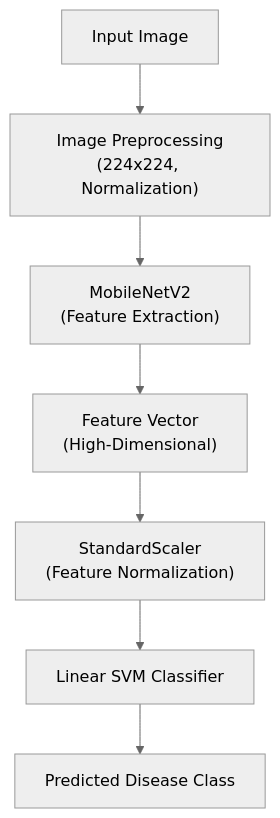
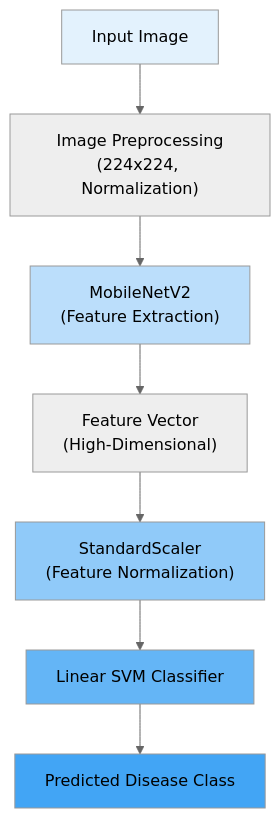
The second of 3 diagrams in README.md (Sobhagyaverma/Smart-Plant-Care-System), drawn with Mermaid (neutral theme) before and after one commit. The commit also changed other lines of this file and 15 other files, not shown here.

Commit message:
Major README overhaul: Add professional styling, badges, diagrams, and comprehensive documentation

````diff
--- a/README.md
+++ b/README.md
@@ -10,9 +135,15 @@
 ```mermaid
 graph TD
     A["Input Image"] --> B["Image Preprocessing<br/>(224x224, Normalization)"]
     B --> C["MobileNetV2<br/>(Feature Extraction)"]
     C --> D["Feature Vector<br/>(High-Dimensional)"]
     D --> E["StandardScaler<br/>(Feature Normalization)"]
     E --> F["Linear SVM Classifier"]
     F --> G["Predicted Disease Class"]
+    
+    style A fill:#E3F2FD
+    style C fill:#BBDEFB
+    style E fill:#90CAF9
+    style F fill:#64B5F6
+    style G fill:#42A5F5
 ```
````
